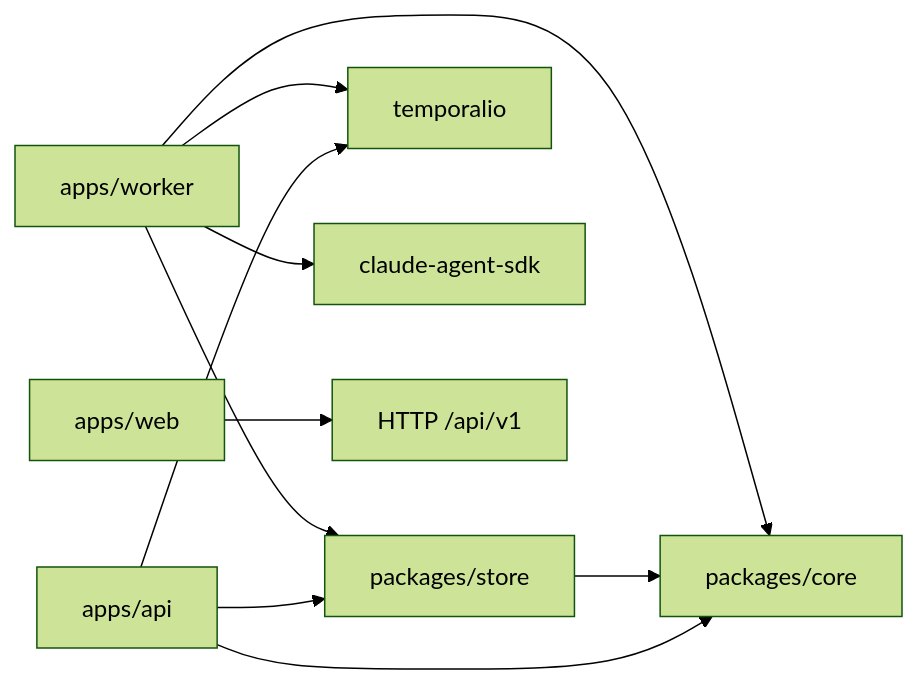
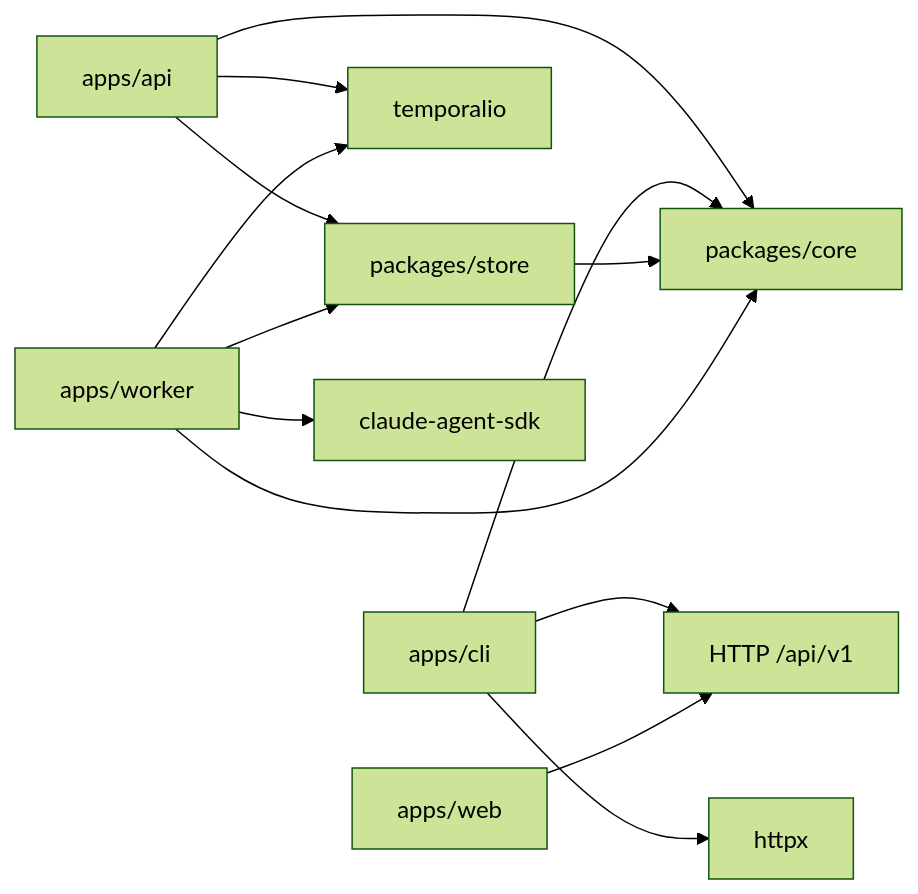
The diagram in docs/generated/dependency-graph.md (andrewfung729/VesperaFlow), drawn with Mermaid (forest theme) before and after one commit. The commit also changed other lines of this file and 28 other files, not shown here.

First line of the commit message:
feat(api,cli): add vesperaflow-cli agent skill and refactor client contracts

````diff
--- a/docs/generated/dependency-graph.md
+++ b/docs/generated/dependency-graph.md
@@ -8,12 +8,15 @@
 ```mermaid
 flowchart LR
   api["apps/api"] --> core["packages/core"]
   api --> store["packages/store"]
   api --> temporalio[temporalio]
+  cli["apps/cli"] --> core
+  cli --> api_contract["HTTP /api/v1"]
+  cli --> httpx[httpx]
   store --> core
   worker["apps/worker"] --> core
   worker --> store
   worker --> temporalio
   worker --> claude[claude-agent-sdk]
   web["apps/web"] --> api_contract["HTTP /api/v1"]
 ```
````
